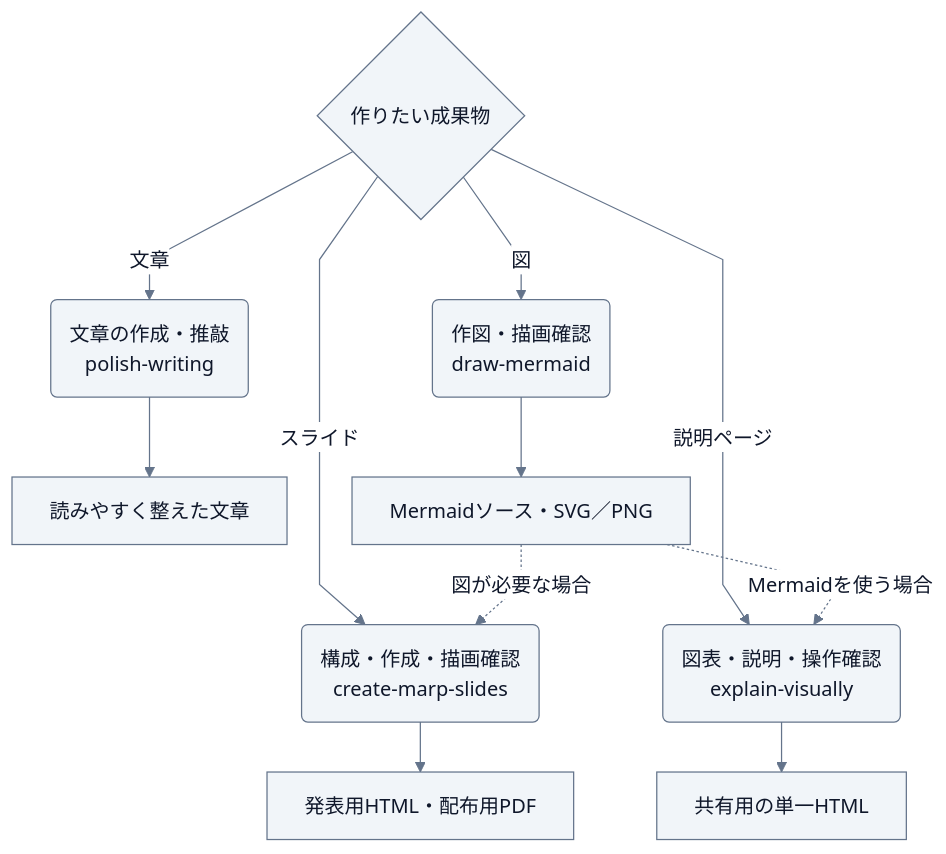
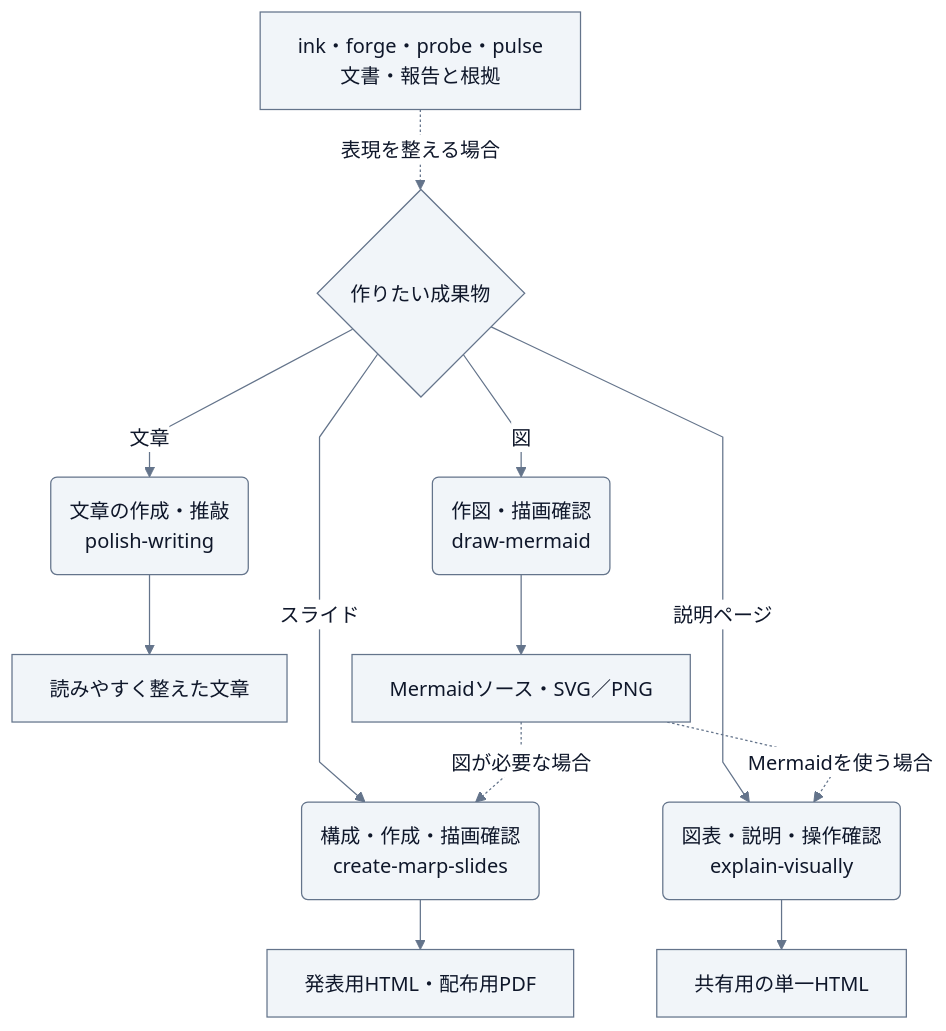
Before and after one commit to Wataru-Toriumi/agent-skills: the diagram in plugins/sketch/README.md, drawn with Mermaid. The commit also changed other lines of this file and 7 other files, not shown here.

````diff
--- a/plugins/sketch/README.md
+++ b/plugins/sketch/README.md
@@ -19,34 +19,35 @@
 ```mermaid
 ---
 config:
   theme: base
   look: classic
   fontFamily: sans-serif
   themeVariables:
     primaryColor: "#F1F5F9"
     primaryTextColor: "#0F172A"
     primaryBorderColor: "#64748B"
     lineColor: "#64748B"
     tertiaryColor: "#F8FAFC"
     clusterBkg: "#F8FAFC"
     clusterBorder: "#CBD5E1"
     edgeLabelBackground: "#FFFFFF"
   flowchart:
     wrappingWidth: 300
     curve: linear
     nodeSpacing: 32
     rankSpacing: 40
 ---
 flowchart TD
+    source["ink・forge・probe・pulse<br/>文書・報告と根拠"] -. 表現を整える場合 .-> purpose
     purpose{"作りたい成果物"}
     purpose -->|文章| writing("文章の作成・推敲<br/>polish-writing")
     purpose -->|図| diagram("作図・描画確認<br/>draw-mermaid")
     purpose -->|スライド| slides("構成・作成・描画確認<br/>create-marp-slides")
     purpose -->|説明ページ| explain("図表・説明・操作確認<br/>explain-visually")
     writing --> prose["読みやすく整えた文章"]
     diagram --> rendered["Mermaidソース・SVG／PNG"]
     rendered -. 図が必要な場合 .-> slides
     rendered -. Mermaidを使う場合 .-> explain
     slides --> output["発表用HTML・配布用PDF"]
     explain --> page["共有用の単一HTML"]
 ```
````
